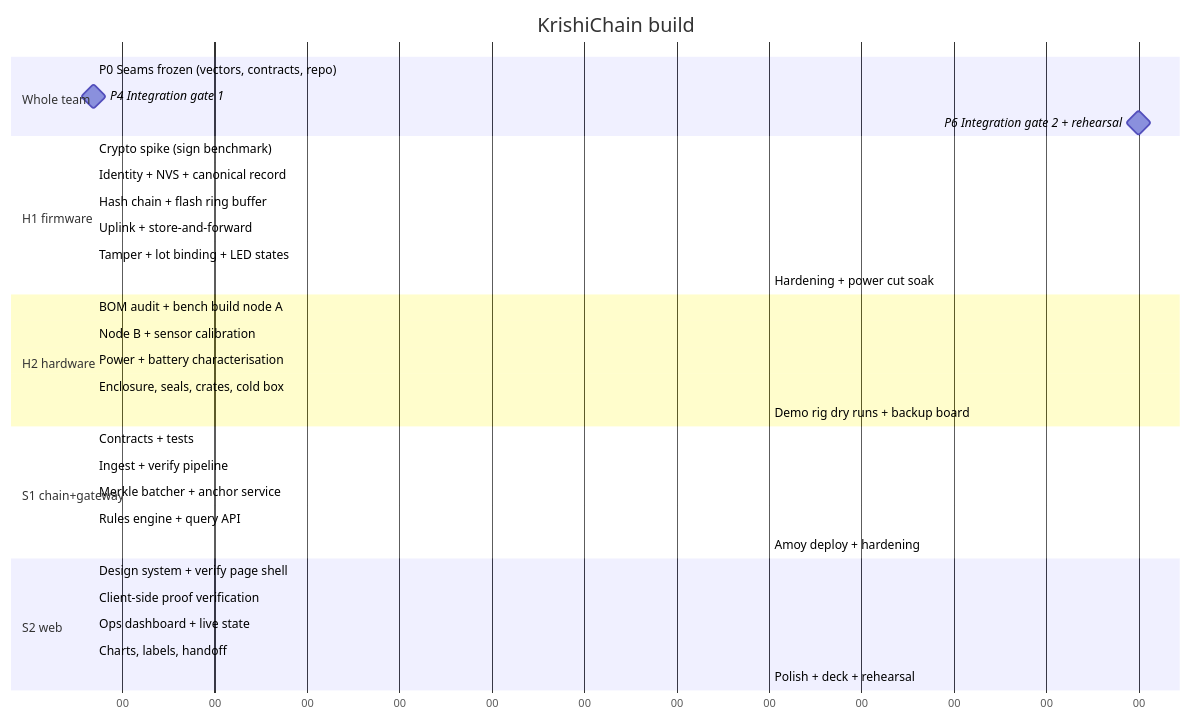
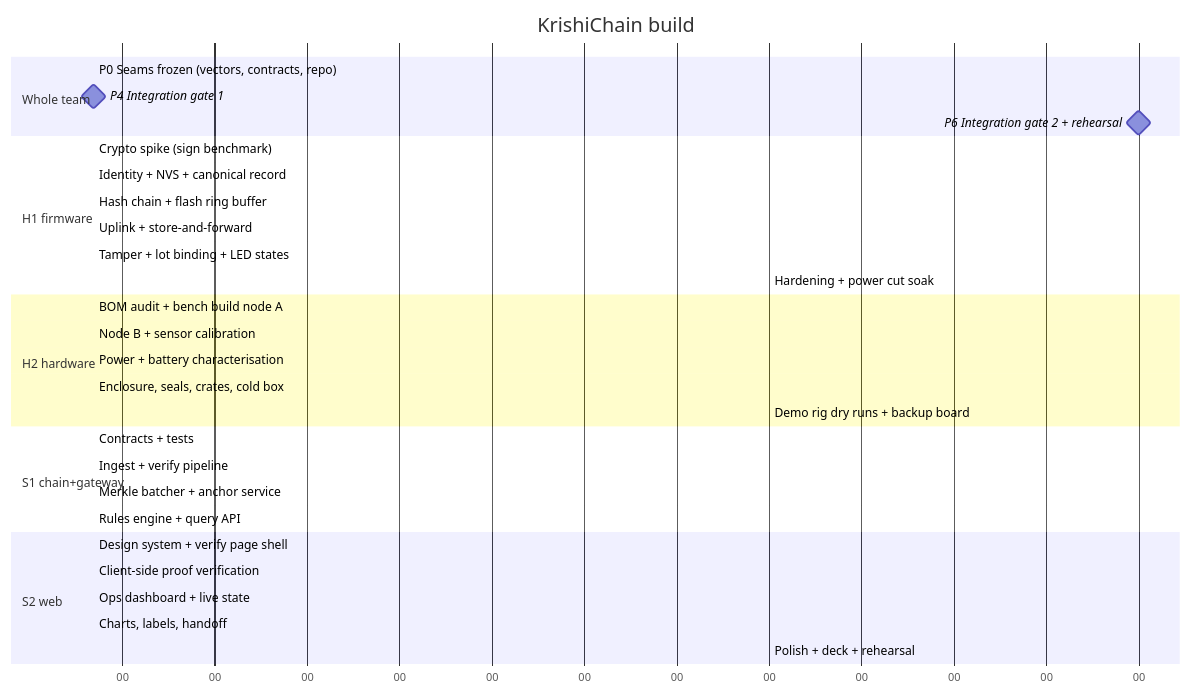
Before and after one commit to SarmaHighOnCode/krishichain: the first of 2 diagrams in docs/TEAM-PLAN.md, drawn with Mermaid. The commit also changed other lines of this file and 22 other files, not shown here.

````diff
--- a/docs/TEAM-PLAN.md
+++ b/docs/TEAM-PLAN.md
@@ -37,40 +37,39 @@
 ```mermaid
 gantt
     title KrishiChain build
     dateFormat HH
     axisFormat %H
 
     section Whole team
     P0 Seams frozen (vectors, contracts, repo)   :p0, 00, 2h
     P4 Integration gate 1                        :milestone, 20, 0h
     P6 Integration gate 2 + rehearsal            :milestone, 38, 0h
 
     section H1 firmware
     Crypto spike (sign benchmark)                :h1a, 02, 3h
     Identity + NVS + canonical record            :h1b, after h1a, 5h
     Hash chain + flash ring buffer               :h1c, after h1b, 5h
     Uplink + store-and-forward                   :h1d, after h1c, 4h
     Tamper + lot binding + LED states            :h1e, after h1d, 4h
     Hardening + power cut soak                   :h1f, 34, 4h
 
     section H2 hardware
     BOM audit + bench build node A               :h2a, 02, 5h
     Node B + sensor calibration                  :h2b, after h2a, 5h
     Power + battery characterisation             :h2c, after h2b, 4h
     Enclosure, seals, crates, cold box           :h2d, after h2c, 5h
     Demo rig dry runs + backup board             :h2e, 34, 5h
 
     section S1 chain+gateway
     Contracts + tests                            :s1a, 02, 6h
     Ingest + verify pipeline                     :s1b, after s1a, 5h
     Merkle batcher + anchor service              :s1c, after s1b, 5h
     Rules engine + query API                     :s1d, after s1c, 4h
-    Amoy deploy + hardening                      :s1e, 34, 4h
 
     section S2 web
     Design system + verify page shell            :s2a, 02, 5h
     Client-side proof verification               :s2b, after s2a, 5h
     Ops dashboard + live state                   :s2c, after s2b, 5h
     Charts, labels, handoff                      :s2d, after s2c, 5h
     Polish + deck + rehearsal                    :s2e, 34, 5h
 ```
````
